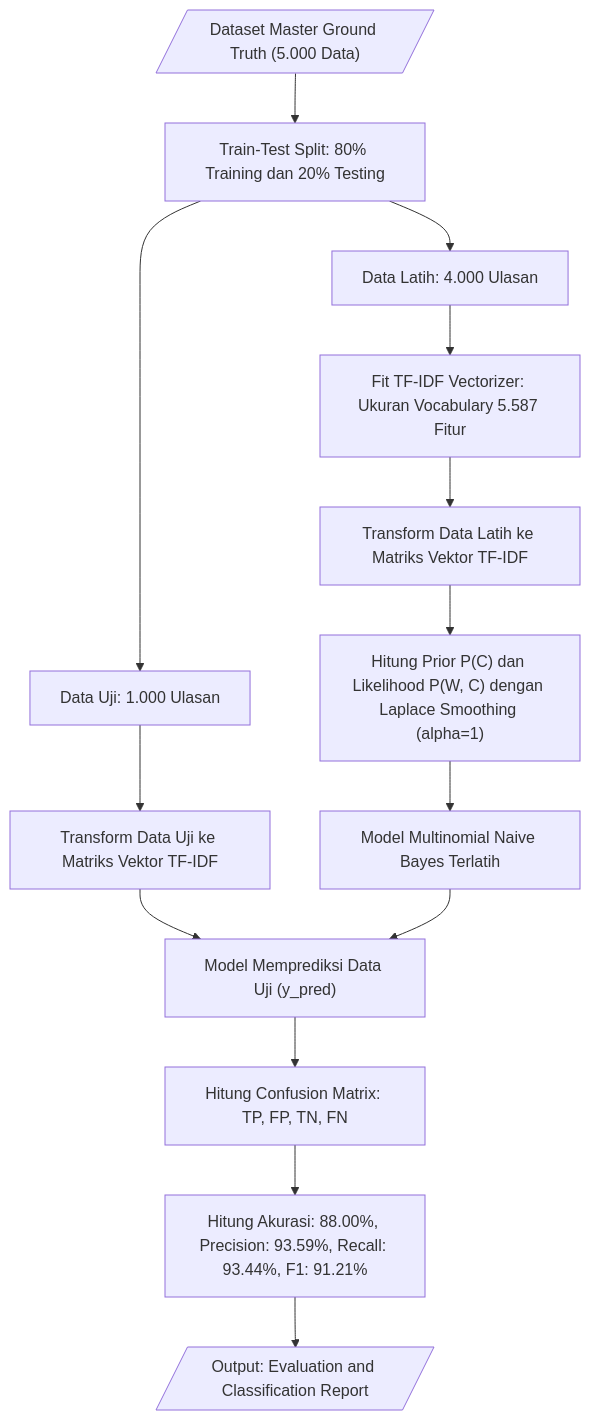
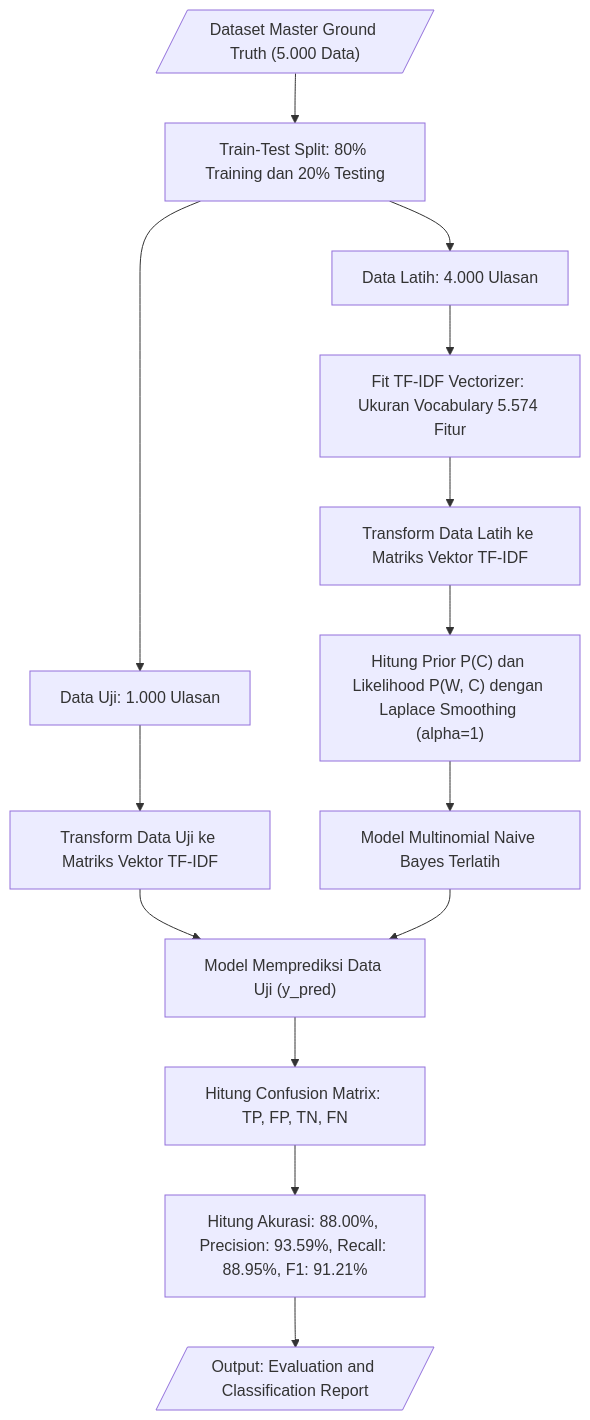
Before and after one commit to presidendjakarta/Binus-s2-Business-Intelligence-and-Analytics-TK: the fourth of 6 diagrams in docs/flowchart.md, drawn with Mermaid. The commit also changed other lines of this file and 5 other files, not shown here.

````diff
--- a/docs/flowchart.md
+++ b/docs/flowchart.md
@@ -85,21 +85,21 @@
 ```mermaid
 flowchart TD
     Dataset[/"Dataset Master Ground Truth (5.000 Data)"/] --> Split["Train-Test Split: 80% Training dan 20% Testing"]
     
     Split --> TrainSet["Data Latih: 4.000 Ulasan"]
     Split --> TestSet["Data Uji: 1.000 Ulasan"]
     
-    TrainSet --> FitTFIDF["Fit TF-IDF Vectorizer: Ukuran Vocabulary 5.587 Fitur"]
+    TrainSet --> FitTFIDF["Fit TF-IDF Vectorizer: Ukuran Vocabulary 5.574 Fitur"]
     FitTFIDF --> TransformTrain["Transform Data Latih ke Matriks Vektor TF-IDF"]
     
     TransformTrain --> TrainMNB["Hitung Prior P(C) dan Likelihood P(W, C) dengan Laplace Smoothing (alpha=1)"]
     TrainMNB --> ModelReady["Model Multinomial Naive Bayes Terlatih"]
     
     TestSet --> TransformTest["Transform Data Uji ke Matriks Vektor TF-IDF"]
     TransformTest --> PredictTest["Model Memprediksi Data Uji (y_pred)"]
     ModelReady --> PredictTest
     
     PredictTest --> EvalConfusion["Hitung Confusion Matrix: TP, FP, TN, FN"]
-    EvalConfusion --> CalcMetrics["Hitung Akurasi: 88.00%, Precision: 93.59%, Recall: 93.44%, F1: 91.21%"]
+    EvalConfusion --> CalcMetrics["Hitung Akurasi: 88.00%, Precision: 93.59%, Recall: 88.95%, F1: 91.21%"]
     CalcMetrics --> EvalReport[/"Output: Evaluation and Classification Report"/]
 ```
````
